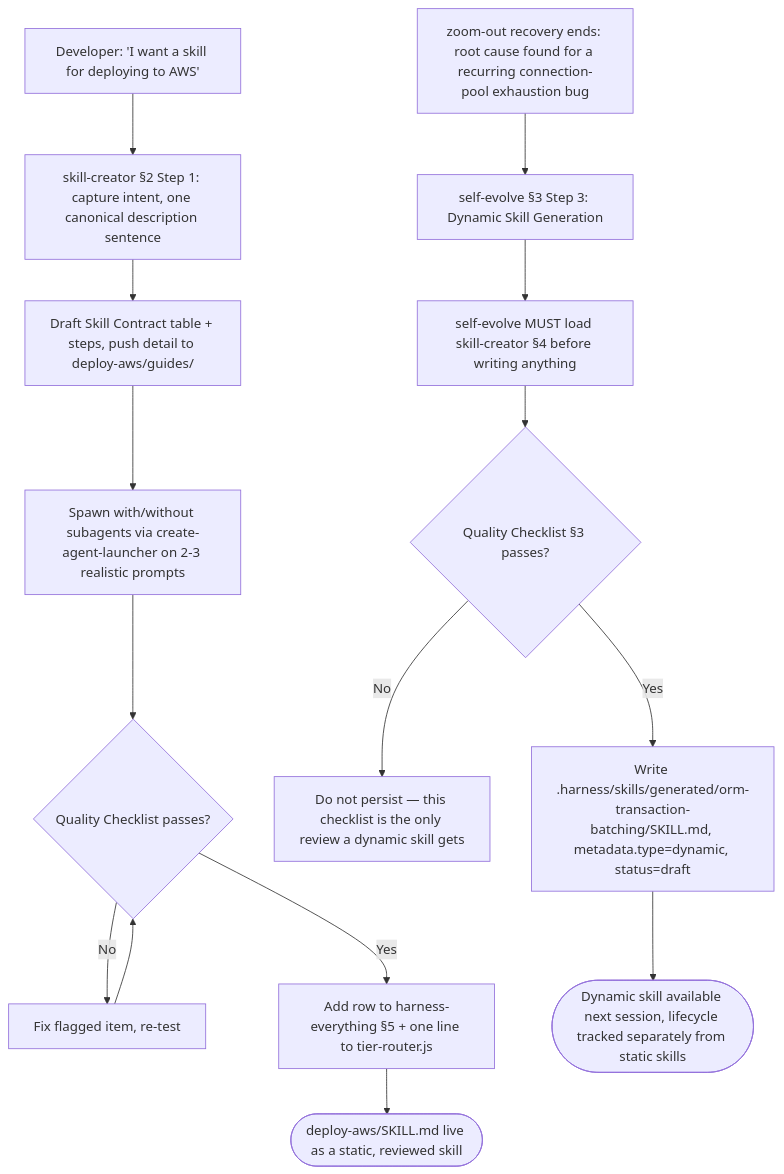
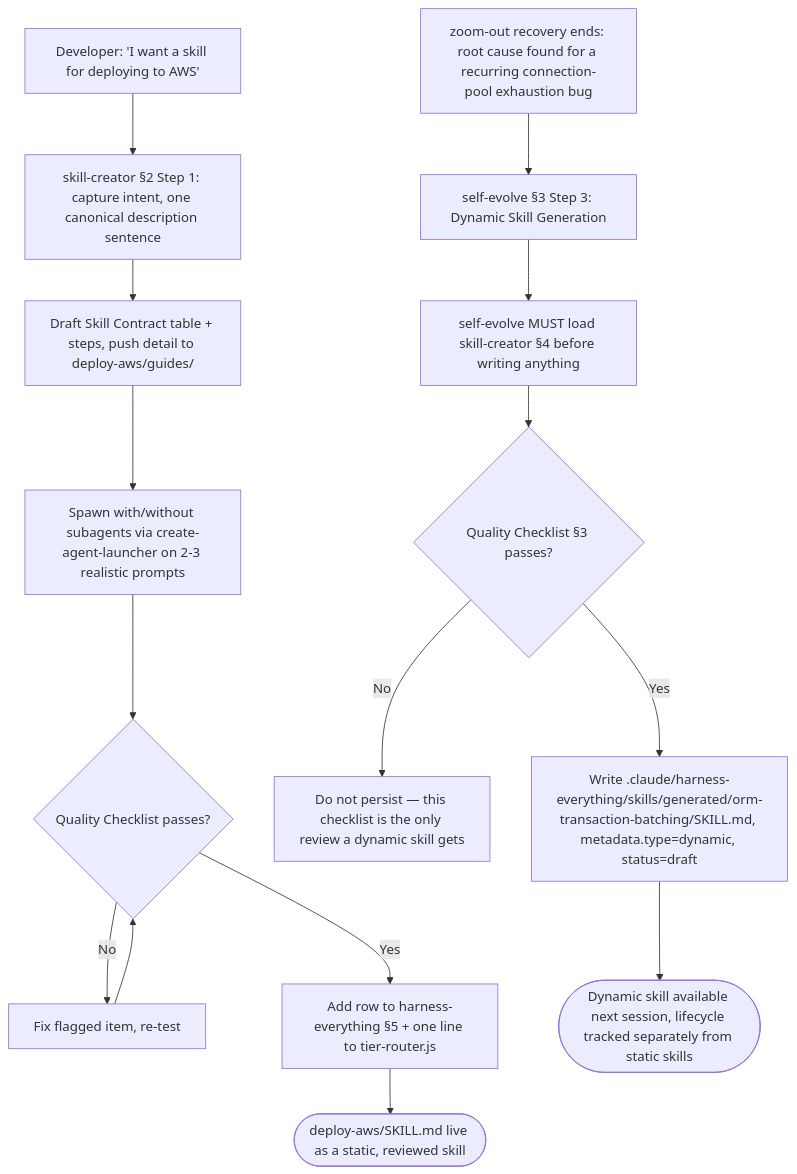
Before and after one commit to dyphn1/Harness-everything: the third of 3 diagrams in docs/workflows/skill-creator.md, drawn with Mermaid. The commit also changed other lines of this file and 42 other files, not shown here.

````diff
--- a/docs/workflows/skill-creator.md
+++ b/docs/workflows/skill-creator.md
@@ -48,18 +48,18 @@
 ```mermaid
 graph TD
   Start1["Developer: 'I want a skill for deploying to AWS'"] --> Intent1["skill-creator §2 Step 1: capture intent, one canonical description sentence"]
   Intent1 --> Draft1["Draft Skill Contract table + steps, push detail to deploy-aws/guides/"]
   Draft1 --> Test1["Spawn with/without subagents via create-agent-launcher on 2-3 realistic prompts"]
   Test1 --> Check1{Quality Checklist passes?}
   Check1 -->|No| Fix1["Fix flagged item, re-test"]
   Fix1 --> Check1
   Check1 -->|Yes| Reg1["Add row to harness-everything §5 + one line to tier-router.js"]
   Reg1 --> Done1([deploy-aws/SKILL.md live as a static, reviewed skill])
 
   Start2["zoom-out recovery ends: root cause found for a recurring connection-pool exhaustion bug"] --> Trigger2["self-evolve §3 Step 3: Dynamic Skill Generation"]
   Trigger2 --> Load2["self-evolve MUST load skill-creator §4 before writing anything"]
   Load2 --> Gate2{Quality Checklist §3 passes?}
   Gate2 -->|No| Reject2["Do not persist — this checklist is the only review a dynamic skill gets"]
-  Gate2 -->|Yes| Write2["Write .harness/skills/generated/orm-transaction-batching/SKILL.md, metadata.type=dynamic, status=draft"]
+  Gate2 -->|Yes| Write2["Write .claude/harness-everything/skills/generated/orm-transaction-batching/SKILL.md, metadata.type=dynamic, status=draft"]
   Write2 --> Done2([Dynamic skill available next session, lifecycle tracked separately from static skills])
 ```
````
